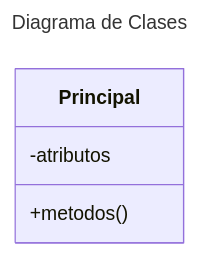
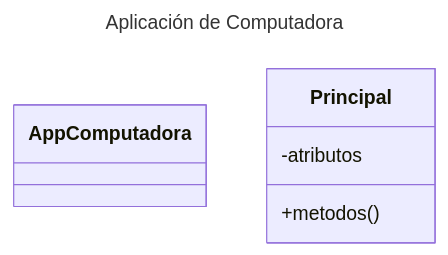
The diagram in README.md (mauryci2/Jaime-Felix-POO-Base), drawn with Mermaid before and after one commit.

Commit message:
Puse nombre de la clase

````diff
--- a/README.md
+++ b/README.md
@@ -7,9 +7,9 @@
 ```mermaid
 ---
-title: Diagrama de Clases
+title: Aplicación de Computadora
 ---
 classDiagram
-      class Principal
+      class AppComputadora
       Principal: -atributos
       Principal: +metodos()
 ```
````
